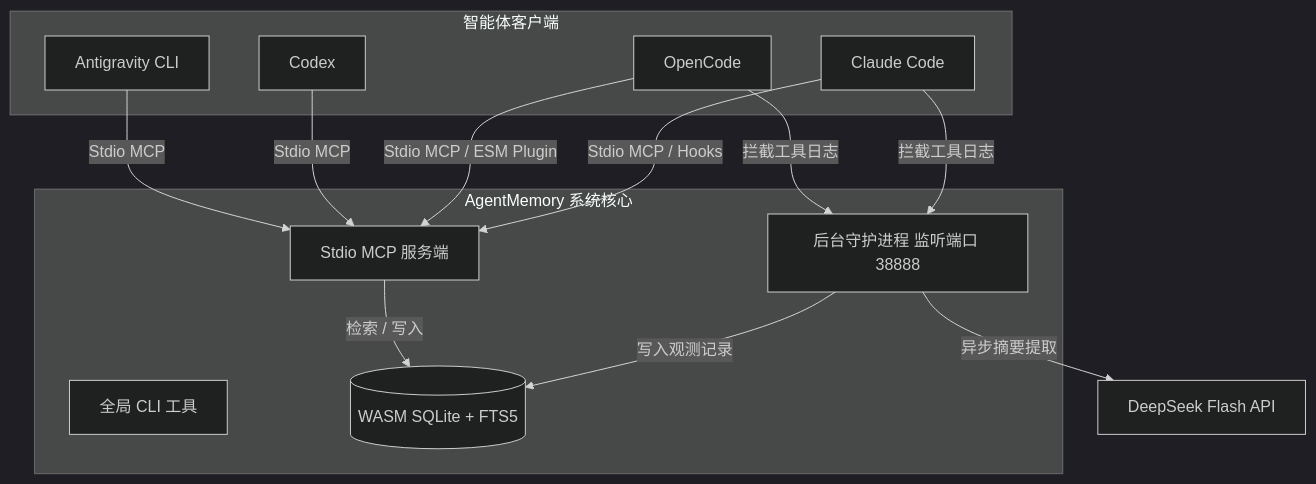
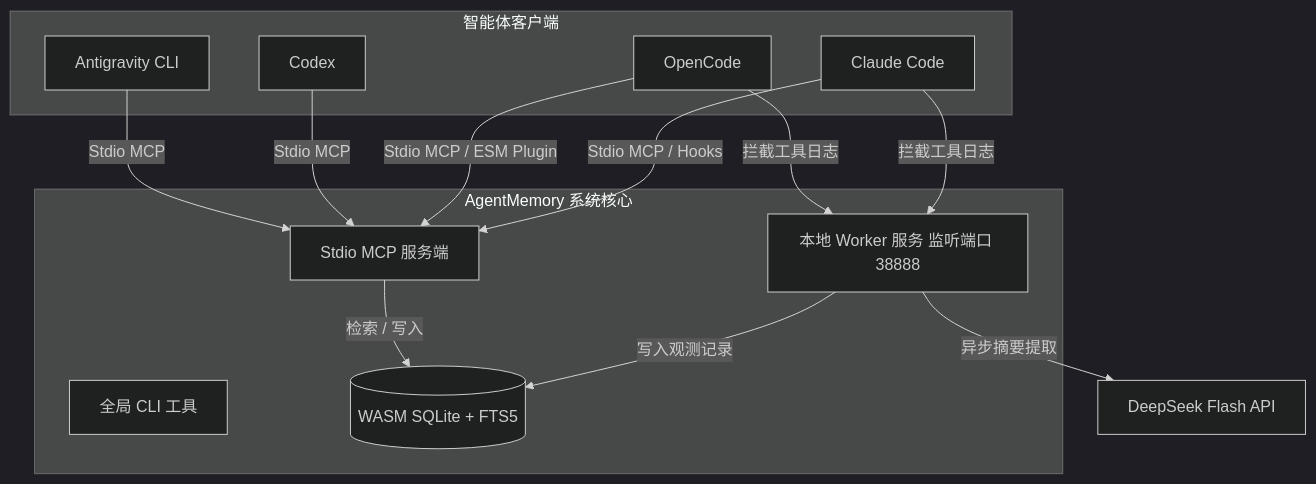
The diagram in README.zh.md (KuanChen01/AgentMemory), drawn with Mermaid (dark theme) before and after one commit. The commit also changed other lines of this file and 16 other files, not shown here.

````diff
--- a/README.zh.md
+++ b/README.zh.md
@@ -21,28 +23,28 @@
 ```mermaid
 graph TD
     subgraph Clients [智能体客户端]
         CC[Claude Code]
         OC[OpenCode]
         CX[Codex]
         AG[Antigravity CLI]
     end
 
     subgraph AgentMemory Core [AgentMemory 系统核心]
         CLI[全局 CLI 工具]
-        Worker[后台守护进程 监听端口 38888]
+        Worker[本地 Worker 服务 监听端口 38888]
         MCP[Stdio MCP 服务端]
         DB[(WASM SQLite + FTS5)]
     end
 
     CC -- Stdio MCP / Hooks --> MCP
     OC -- Stdio MCP / ESM Plugin --> MCP
     CX -- Stdio MCP --> MCP
     AG -- Stdio MCP --> MCP
 
     CC -- 拦截工具日志 --> Worker
     OC -- 拦截工具日志 --> Worker
 
     Worker -- 异步摘要提取 --> LLM[DeepSeek Flash API]
     Worker -- 写入观测记录 --> DB
     MCP -- 检索 / 写入 --> DB
 ```
````
